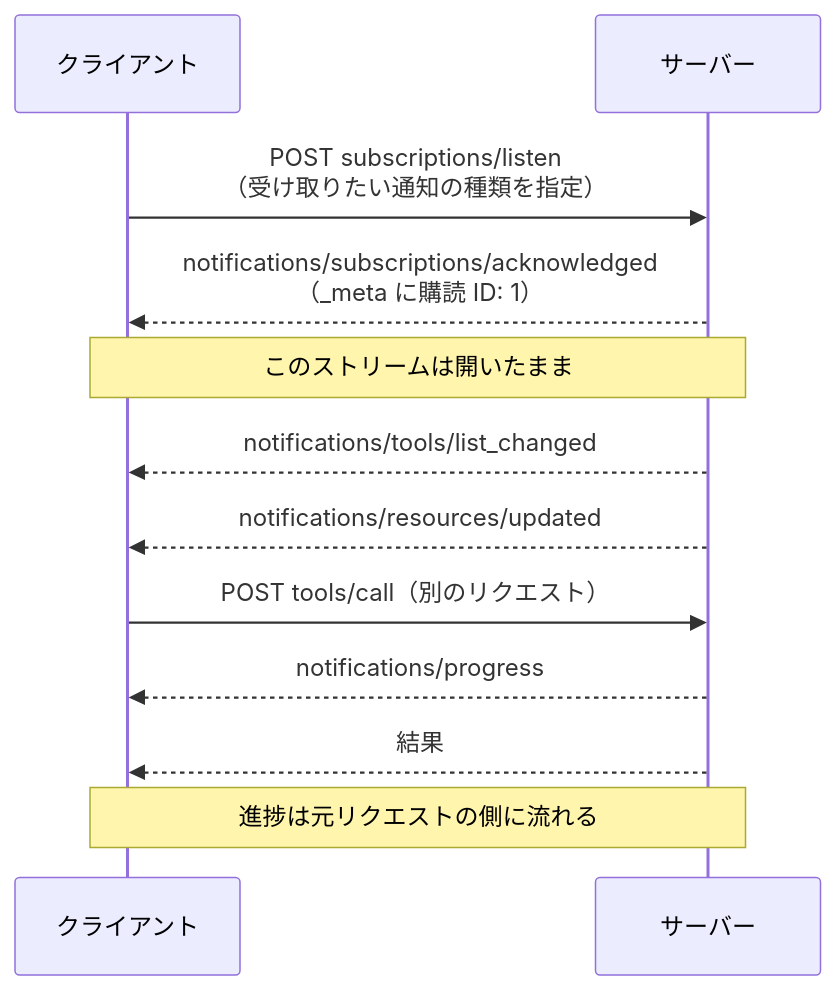
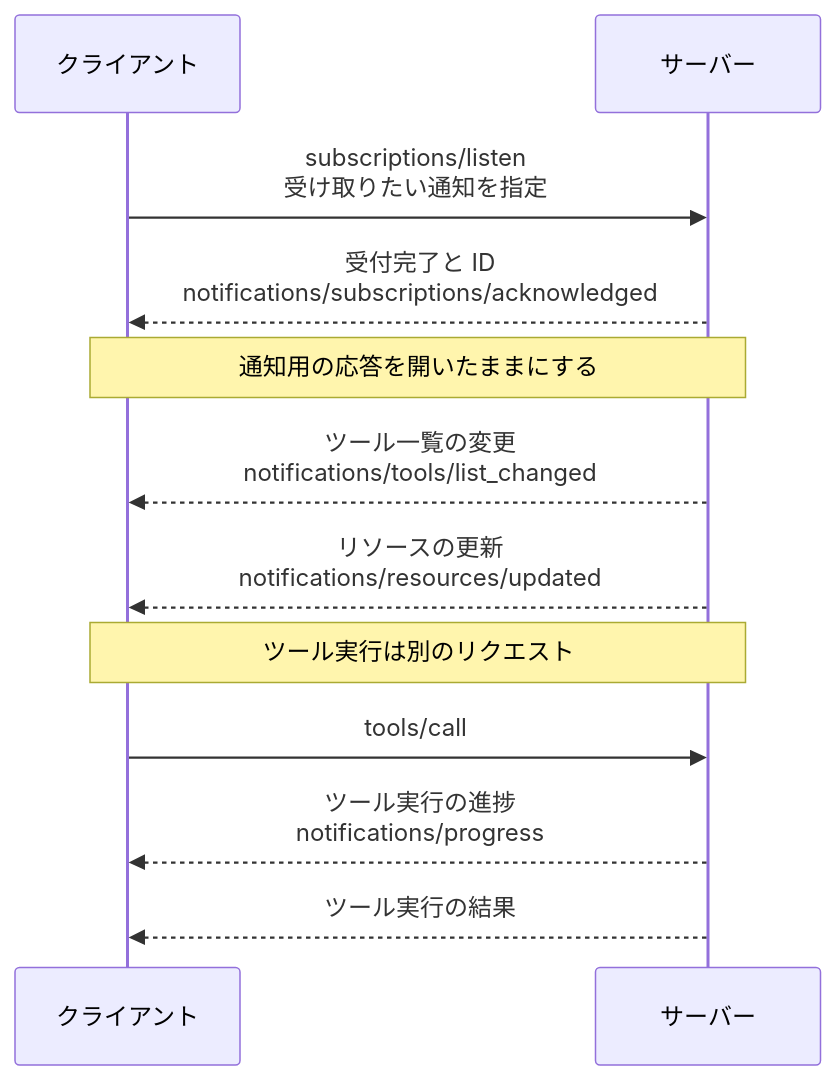
The sixth of 6 diagrams in public/2026-08-mcp-2026-07-28.md (yamazaki-yuki-23/qiita-tech-blogs), drawn with Mermaid before and after one commit. The commit also changed other lines of this file, not shown here.

````diff
--- a/public/2026-08-mcp-2026-07-28.md
+++ b/public/2026-08-mcp-2026-07-28.md
@@ -246,16 +283,16 @@
 ```mermaid
 sequenceDiagram
     participant C as クライアント
     participant S as サーバー
 
-    C->>S: POST subscriptions/listen<br/>（受け取りたい通知の種類を指定）
-    S-->>C: notifications/subscriptions/acknowledged<br/>（_meta に購読 ID: 1）
-    Note over C,S: このストリームは開いたまま
-    S-->>C: notifications/tools/list_changed
-    S-->>C: notifications/resources/updated
+    C->>S: subscriptions/listen<br/>受け取りたい通知を指定
+    S-->>C: 受付完了と ID<br/>notifications/subscriptions/acknowledged
+    Note over C,S: 通知用の応答を開いたままにする
+    S-->>C: ツール一覧の変更<br/>notifications/tools/list_changed
+    S-->>C: リソースの更新<br/>notifications/resources/updated
 
-    C->>S: POST tools/call（別のリクエスト）
-    S-->>C: notifications/progress
-    S-->>C: 結果
-    Note over C,S: 進捗は元リクエストの側に流れる
+    Note over C,S: ツール実行は別のリクエスト
+    C->>S: tools/call
+    S-->>C: ツール実行の進捗<br/>notifications/progress
+    S-->>C: ツール実行の結果
 ```
````
